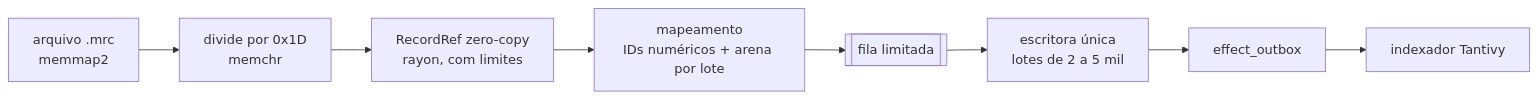
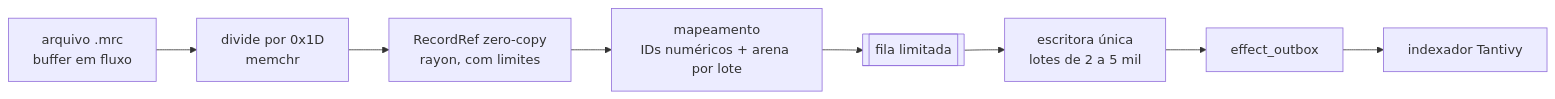
Before and after one commit to PauloFBaldiFH/Atrium: the second of 4 diagrams in docs/arquitetura/03-estrategia-reconstrucao.md, drawn with Mermaid. The commit also changed other lines of this file and 3 other files, not shown here.

````diff
--- a/docs/arquitetura/03-estrategia-reconstrucao.md
+++ b/docs/arquitetura/03-estrategia-reconstrucao.md
@@ -126,9 +128,9 @@
 ```mermaid
 flowchart LR
-    F["arquivo .mrc<br/>memmap2"] --> S["divide por 0x1D<br/>memchr"]
+    F["arquivo .mrc<br/>buffer em fluxo"] --> S["divide por 0x1D<br/>memchr"]
     S --> P["RecordRef zero-copy<br/>rayon, com limites"]
     P --> M["mapeamento<br/>IDs numéricos + arena por lote"]
     M --> Q[["fila limitada"]]
     Q --> W["escritora única<br/>lotes de 2 a 5 mil"]
     W --> O["effect_outbox"] --> I["indexador Tantivy"]
 ```
````
